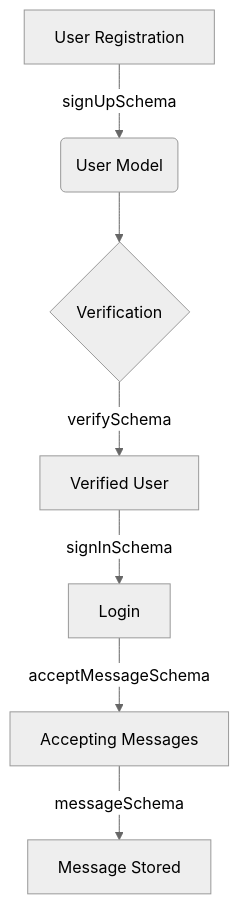
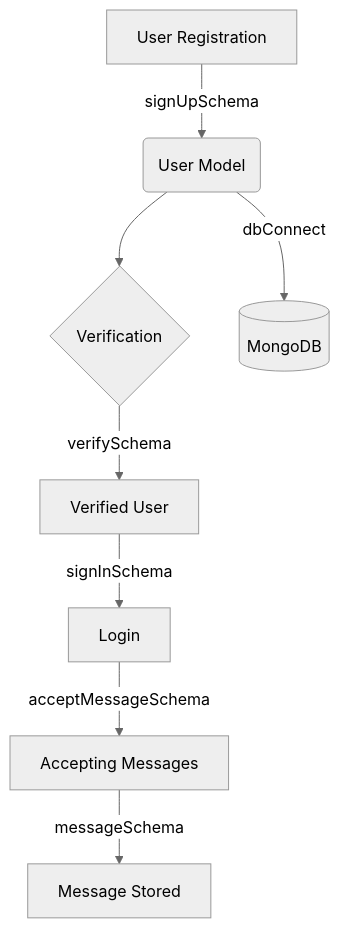
The diagram in app-design/technical-documentation/schemaSetup.md (shaurya1606/Mystery-Message), drawn with Mermaid (neutral theme) before and after one commit. The commit also changed other lines of this file, not shown here.

````diff
--- a/app-design/technical-documentation/schemaSetup.md
+++ b/app-design/technical-documentation/schemaSetup.md
@@ -131,9 +191,10 @@
 ```mermaid
 graph TD
     A[User Registration] -->|signUpSchema| B(User Model)
     B --> C{Verification}
     C -->|verifySchema| D[Verified User]
     D -->|signInSchema| E[Login]
     E -->|acceptMessageSchema| F[Accepting Messages]
     F -->|messageSchema| G[Message Stored]
+    B -->|dbConnect| H[(MongoDB)]
 ```
````
